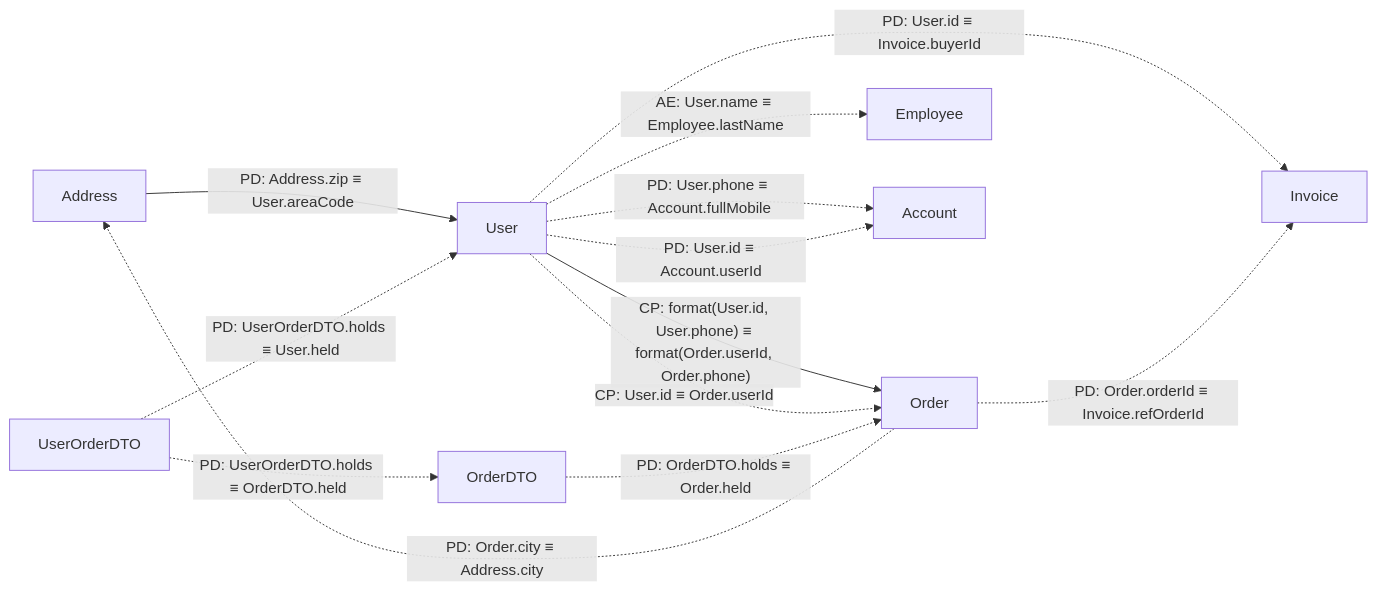
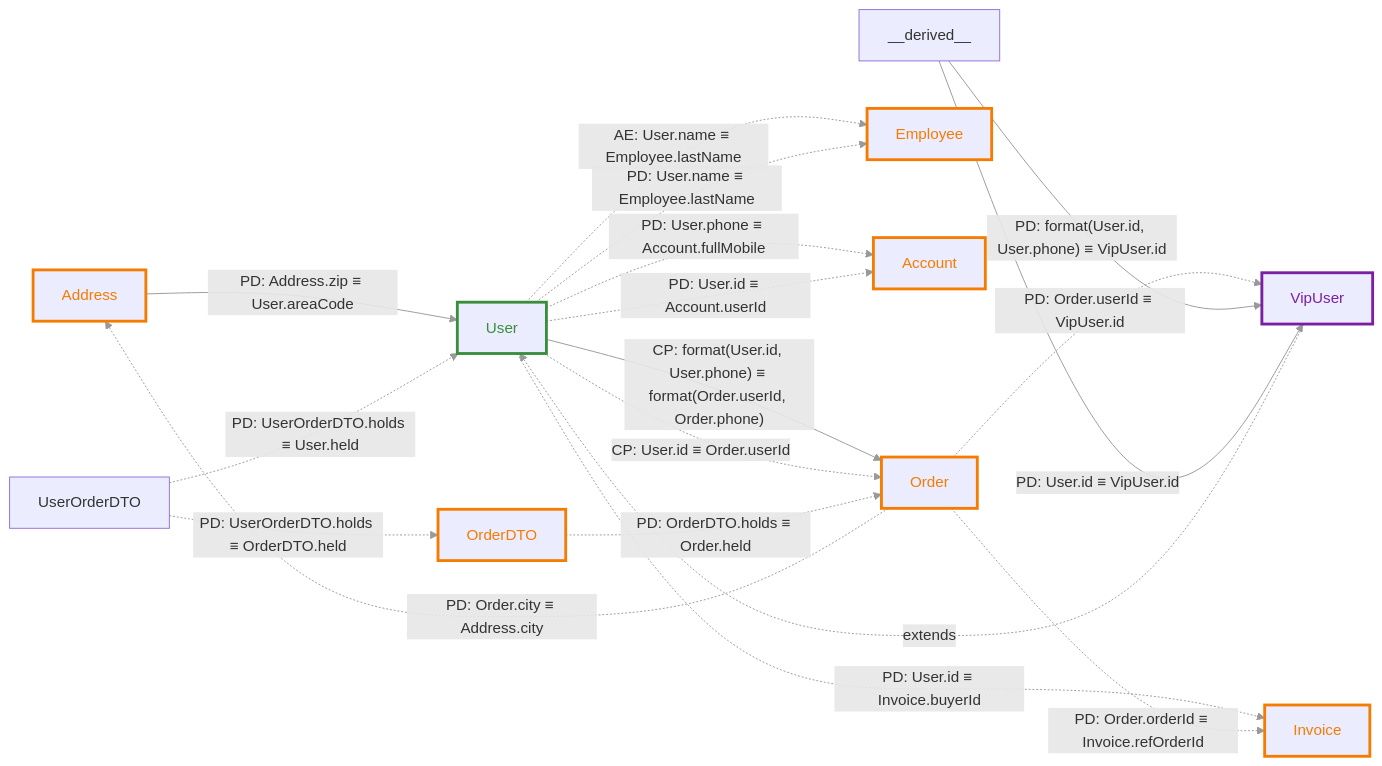
The diagram in classRelationTestCode.md (LIngcheng-zeng/classRelation), drawn with Mermaid before and after one commit. The commit also changed other lines of this file and 10 other files, not shown here.

````diff
--- a/classRelationTestCode.md
+++ b/classRelationTestCode.md
@@ -14,15 +14,25 @@
 ```mermaid
 flowchart LR
-    Address -->|"PD: Address.zip ≡ User.areaCode"| User
-    User -->|"CP: format(User.id, User.phone) ≡ format(Order.userId, Order.phone)"| Order
-    User -.->|"CP: User.id ≡ Order.userId"| Order
-    User -.->|"AE: User.name ≡ Employee.lastName"| Employee
-    User -.->|"PD: User.id ≡ Invoice.buyerId"| Invoice
-    OrderDTO -.->|"PD: OrderDTO.holds ≡ Order.held"| Order
-    UserOrderDTO -.->|"PD: UserOrderDTO.holds ≡ OrderDTO.held"| OrderDTO
-    UserOrderDTO -.->|"PD: UserOrderDTO.holds ≡ User.held"| User
-    User -.->|"PD: User.phone ≡ Account.fullMobile"| Account
-    User -.->|"PD: User.id ≡ Account.userId"| Account
-    Order -.->|"PD: Order.city ≡ Address.city"| Address
-    Order -.->|"PD: Order.orderId ≡ Invoice.refOrderId"| Invoice
+    linkStyle default stroke:#999,stroke-width:1px
+    Address -->|"PD: Address.zip ≡ User.areaCode"| User:::readRel
+    User -->|"CP: format(User.id, User.phone) ≡ format(Order.userId, Order.phone)"| Order:::readRel
+    User -.->|"CP: User.id ≡ Order.userId"| Order:::writeRel
+    User -.->|"AE: User.name ≡ Employee.lastName"| Employee:::writeRel
+    User -.->|"PD: User.name ≡ Employee.lastName"| Employee:::writeRel
+    User -.->|"PD: User.id ≡ Invoice.buyerId"| Invoice:::writeRel
+    OrderDTO -.->|"PD: OrderDTO.holds ≡ Order.held"| Order:::writeRel
+    UserOrderDTO -.->|"PD: UserOrderDTO.holds ≡ OrderDTO.held"| OrderDTO:::writeRel
+    UserOrderDTO -.->|"PD: UserOrderDTO.holds ≡ User.held"| User:::writeRel
+    User -.->|"PD: User.phone ≡ Account.fullMobile"| Account:::writeRel
+    User -.->|"PD: User.id ≡ Account.userId"| Account:::writeRel
+    Order -.->|"PD: Order.city ≡ Address.city"| Address:::writeRel
+    Order -.->|"PD: Order.userId ≡ VipUser.id"| VipUser:::writeRel
+    Order -.->|"PD: Order.orderId ≡ Invoice.refOrderId"| Invoice:::writeRel
+    VipUser -.->|"extends"| User:::inheritRel
+    __derived__ ==>|"PD: format(User.id, User.phone) ≡ VipUser.id"| VipUser:::derivedRel
+    __derived__ ==>|"PD: User.id ≡ VipUser.id"| VipUser:::derivedRel
+    classDef readRel stroke:#1976d2,stroke-width:3px,color:#1976d2
+    classDef writeRel stroke:#f57c00,stroke-width:3px,color:#f57c00
+    classDef derivedRel stroke:#7b1fa2,stroke-width:3px,color:#7b1fa2
+    classDef inheritRel stroke:#388e3c,stroke-width:3px,color:#388e3c
 ```
````
